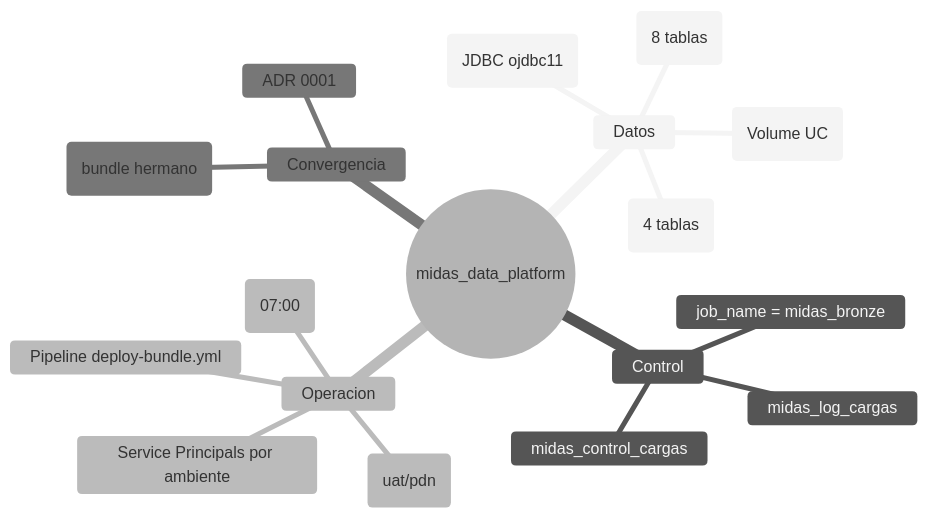
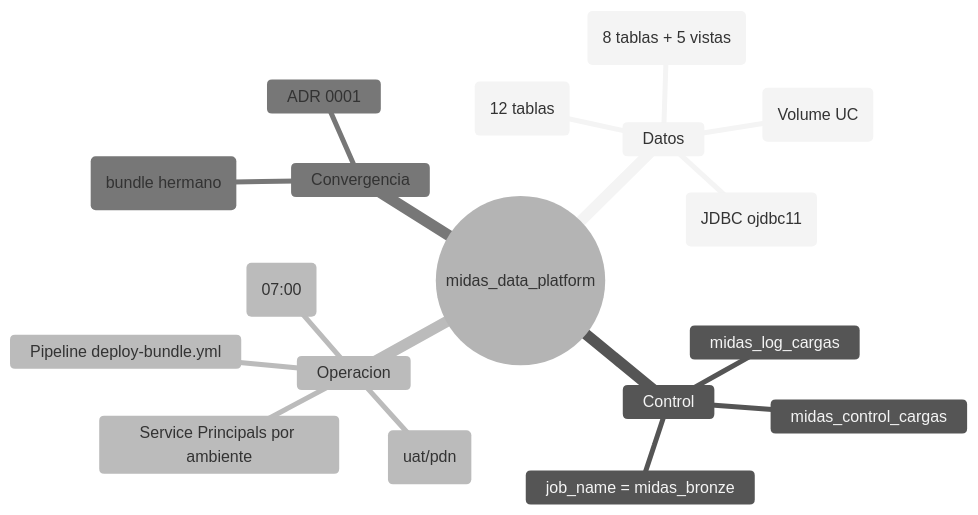
The diagram in docs/06_TRANSFERENCIA_DE_CONOCIMIENTO.md (DataEngMikeDataknow/midas_agent), drawn with Mermaid (neutral theme) before and after one commit. The commit also changed 19 other files, not shown here.

````diff
--- a/docs/06_TRANSFERENCIA_DE_CONOCIMIENTO.md
+++ b/docs/06_TRANSFERENCIA_DE_CONOCIMIENTO.md
@@ -20,21 +20,21 @@
 ```mermaid
 mindmap
   root((midas_data_platform))
     Datos
       Oracle (JDBC ojdbc11)
       Parquet (Volume UC)
-      Bronze (8 tablas)
-      Silver (4 tablas)
+      Bronze (12 tablas)
+      Silver (8 tablas + 5 vistas)
     Control
       midas_control_cargas
       midas_log_cargas
       job_name = midas_bronze
     Operacion
       Job midas_bronze_silver (07:00)
       Job midas_check_conectividad (uat/pdn)
       Pipeline deploy-bundle.yml
       Service Principals por ambiente
     Convergencia
       vera_framework (bundle hermano)
       ADR 0001
 ```
````
